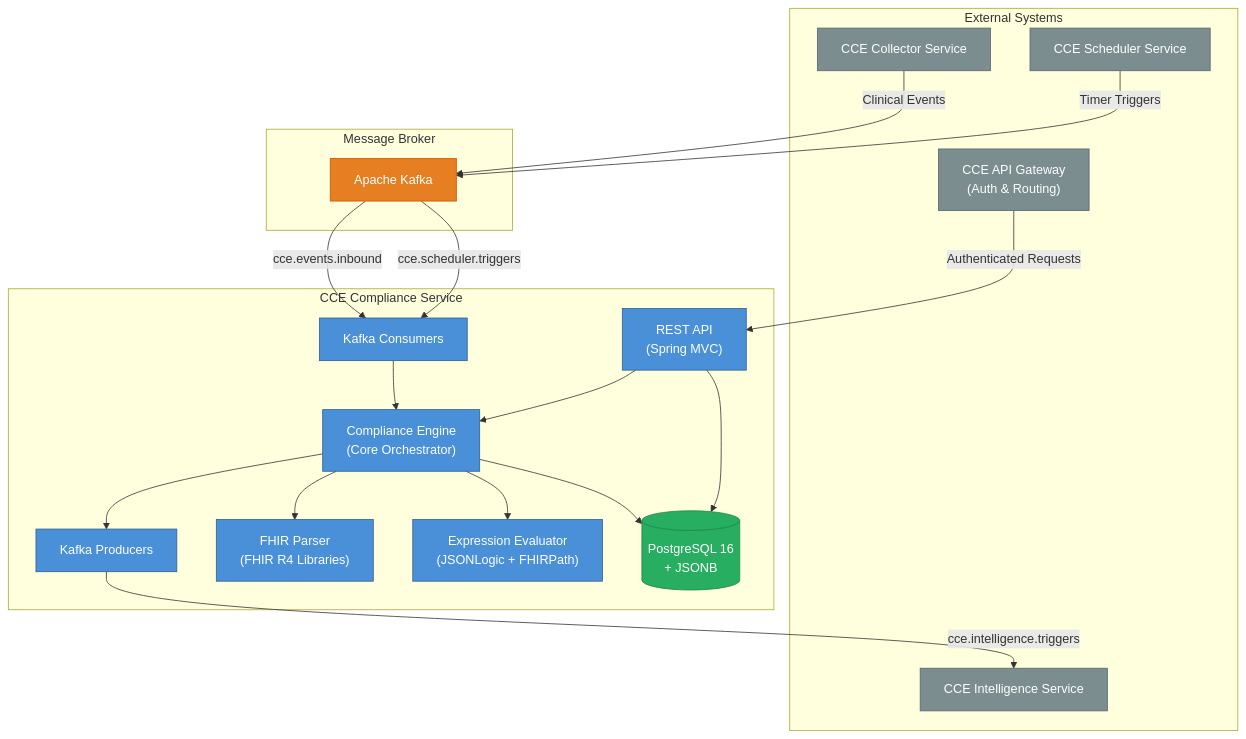
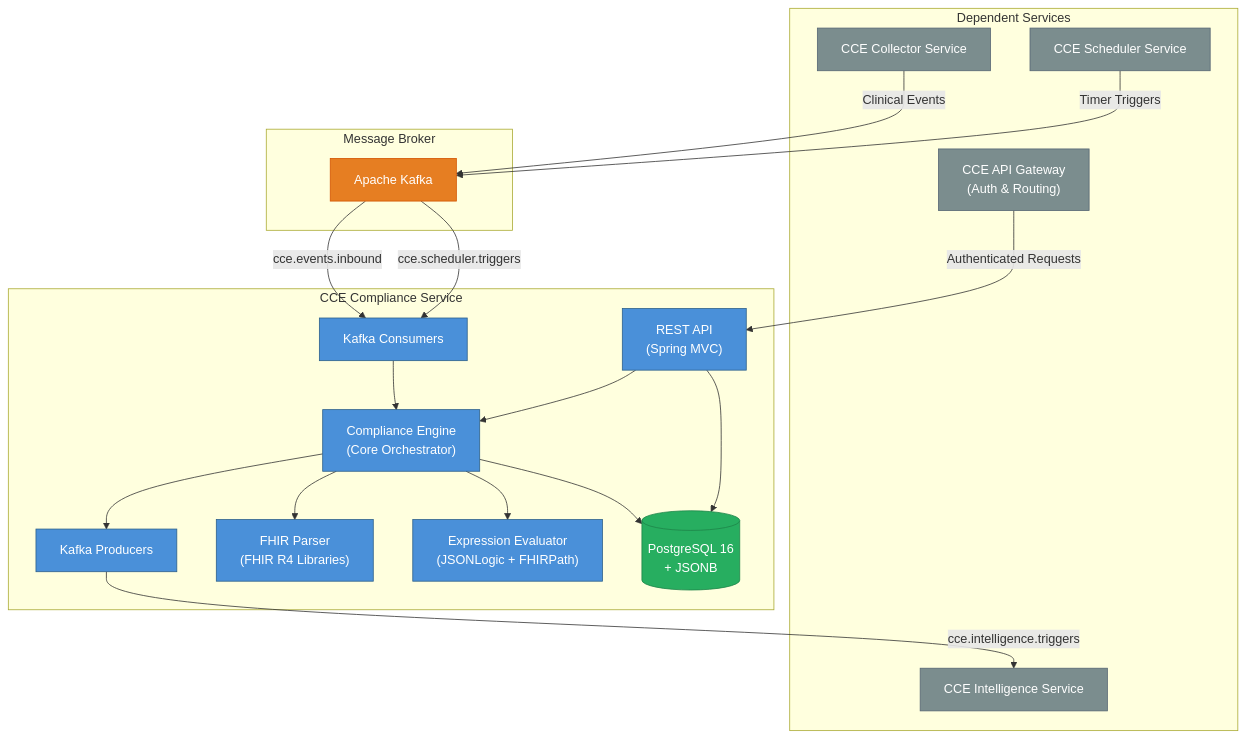
One commit to Jayaprakash8887/cce-compliance-service changed the first of 7 diagrams in docs/architecture-overview.md. Above: the diagram before and after it, drawn with Mermaid. The commit also changed other lines of this file, not shown here.

````diff
--- a/docs/architecture-overview.md
+++ b/docs/architecture-overview.md
@@ -7,47 +7,47 @@
 ```mermaid
 graph TB
-    subgraph External Systems
+    subgraph Dependent Services
         INTEL["CCE Intelligence Service"]
         EHR["CCE Collector Service"]
         SCHEDULER["CCE Scheduler Service"]
         GATEWAY["CCE API Gateway<br/>(Auth & Routing)"]
     end
 
     subgraph CCE Compliance Service
         API["REST API<br/>(Spring MVC)"]
         ENGINE["Compliance Engine<br/>(Core Orchestrator)"]
         KAFKA_C["Kafka Consumers"]
         KAFKA_P["Kafka Producers"]
         FHIR["FHIR Parser<br/>(FHIR R4 Libraries)"]
         EXPR["Expression Evaluator<br/>(JSONLogic + FHIRPath)"]
         DB[("PostgreSQL 16<br/>+ JSONB")]
     end
 
     subgraph Message Broker
         KAFKA["Apache Kafka"]
     end
 
     EHR -->|"Clinical Events"| KAFKA
     SCHEDULER -->|"Timer Triggers"| KAFKA
     KAFKA -->|"cce.events.inbound"| KAFKA_C
     KAFKA -->|"cce.scheduler.triggers"| KAFKA_C
     KAFKA_C --> ENGINE
     ENGINE --> FHIR
     ENGINE --> EXPR
     ENGINE --> DB
     ENGINE --> KAFKA_P
     KAFKA_P -->|"cce.intelligence.triggers"| INTEL
     API --> ENGINE
     API --> DB
     GATEWAY -->|"Authenticated Requests"| API
 
     classDef service fill:#4A90D9,stroke:#2C5F8A,color:white
     classDef external fill:#7B8D8E,stroke:#566573,color:white
     classDef data fill:#27AE60,stroke:#1E8449,color:white
     classDef broker fill:#E67E22,stroke:#D35400,color:white
 
     class API,ENGINE,KAFKA_C,KAFKA_P,FHIR,EXPR service
     class EHR,SCHEDULER,INTEL,GATEWAY external
     class DB data
     class KAFKA broker
 ```
````
